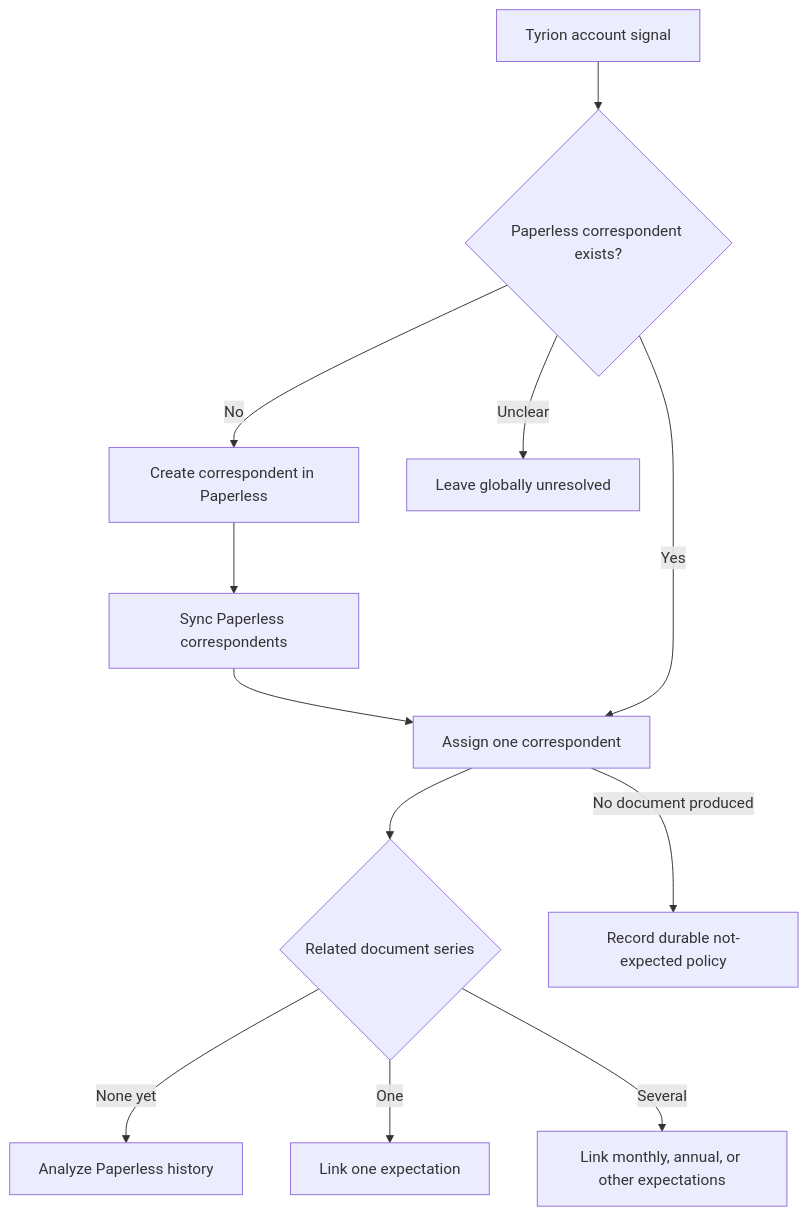
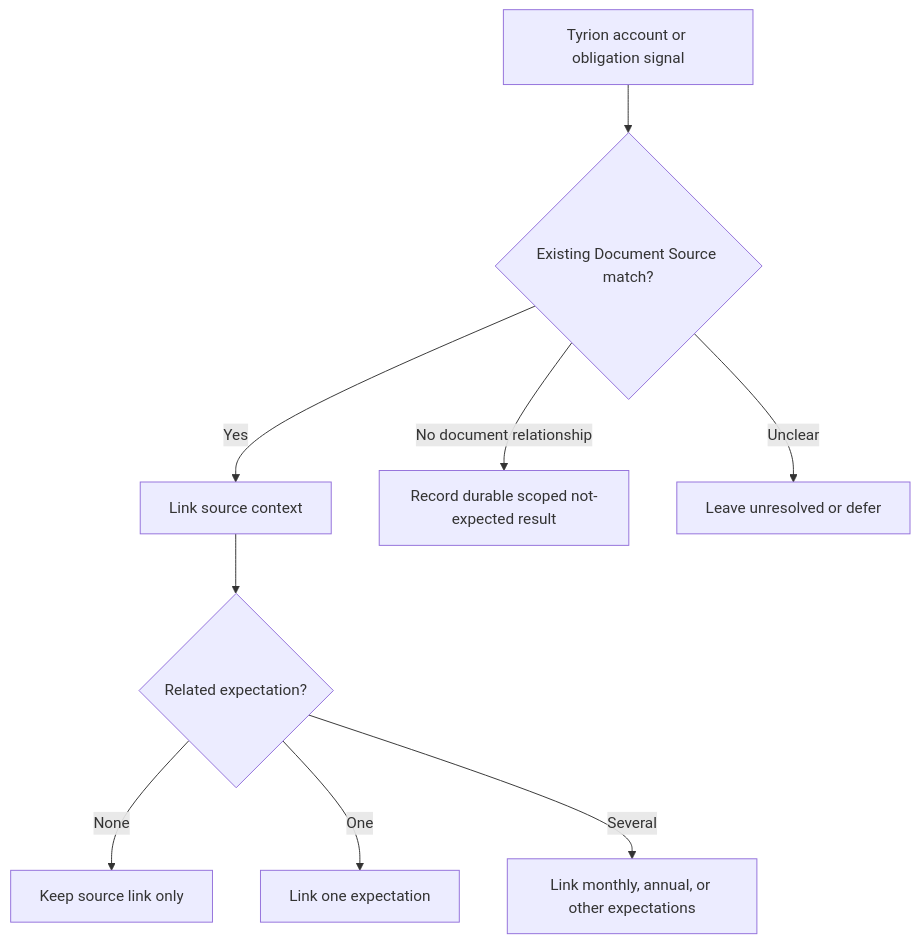
Before and after one commit to rsocko/owl: the diagram in docs/design/active/correspondent-intelligence-and-acquisition.md, drawn with Mermaid. The commit also changed other lines of this file and 5 other files, not shown here.

Commit message:
Restore document source design decisions

````diff
--- a/docs/design/active/correspondent-intelligence-and-acquisition.md
+++ b/docs/design/active/correspondent-intelligence-and-acquisition.md
@@ -351,14 +370,11 @@
 ```mermaid
 flowchart TD
-    T[Tyrion account signal] --> C{Paperless correspondent exists?}
-    C -->|No| P[Create correspondent in Paperless]
-    P --> S[Sync Paperless correspondents]
-    S --> M
-    C -->|Yes| M[Assign one correspondent]
-    C -->|Unclear| U[Leave globally unresolved]
-    M --> E{Related document series}
-    E -->|None yet| A[Analyze Paperless history]
+    T[Tyrion account or obligation signal] --> C{Existing Document Source match?}
+    C -->|Yes| M[Link source context]
+    C -->|No document relationship| N[Record durable scoped not-expected result]
+    C -->|Unclear| U[Leave unresolved or defer]
+    M --> E{Related expectation?}
+    E -->|None| S[Keep source link only]
     E -->|One| O[Link one expectation]
     E -->|Several| X[Link monthly, annual, or other expectations]
-    M -->|No document produced| N[Record durable not-expected policy]
 ```
````
